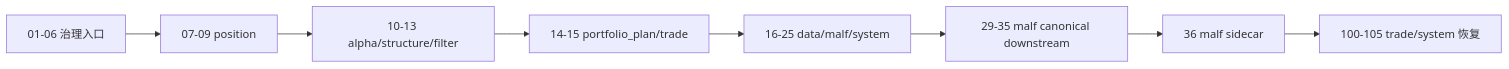
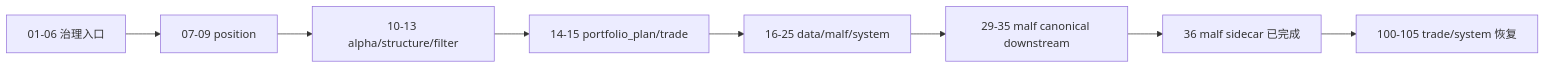
Before and after one commit to everything-is-simple/lifespan-0.01: the diagram in docs/03-execution/B-card-catalog-20260409.md, drawn with Mermaid. The commit also changed other lines of this file and 17 other files, not shown here.

Commit message:
malf: add wave-life sidecar bootstrap

````diff
--- a/docs/03-execution/B-card-catalog-20260409.md
+++ b/docs/03-execution/B-card-catalog-20260409.md
@@ -66,10 +66,10 @@
 ```mermaid
 flowchart LR
     G01["01-06 治理入口"] --> P07["07-09 position"]
     P07 --> A10["10-13 alpha/structure/filter"]
     A10 --> T14["14-15 portfolio_plan/trade"]
     T14 --> D16["16-25 data/malf/system"]
     D16 --> M29["29-35 malf canonical downstream"]
-    M29 --> M35["36 malf sidecar"]
+    M29 --> M35["36 malf sidecar 已完成"]
     M35 --> POST["100-105 trade/system 恢复"]
 ```
````
